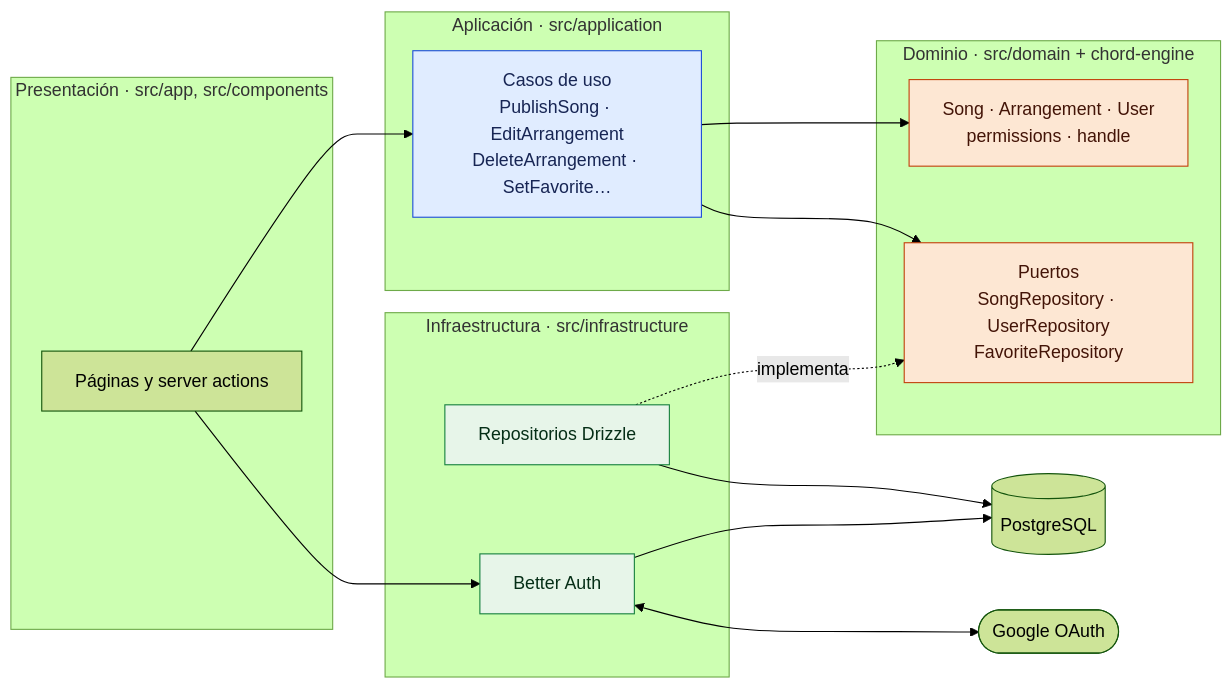
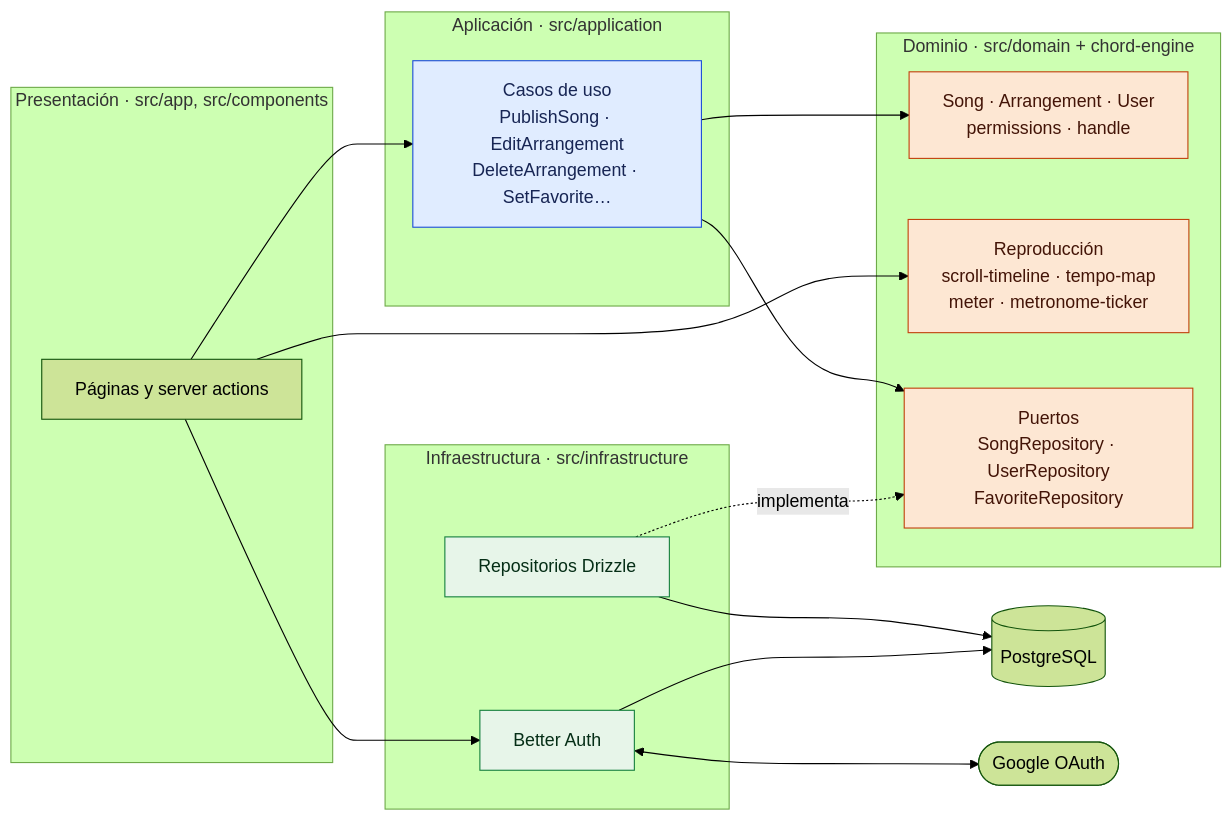
The first of 6 diagrams in docs/architecture.md (Guaynora/acordia), drawn with Mermaid (forest theme) before and after one commit. The commit also changed other lines of this file and 2 other files, not shown here.

````diff
--- a/docs/architecture.md
+++ b/docs/architecture.md
@@ -7,34 +7,36 @@
 ```mermaid
 flowchart LR
   subgraph P["Presentación · src/app, src/components"]
     pages["Páginas y server actions"]
   end
   subgraph A["Aplicación · src/application"]
     uc["Casos de uso<br/>PublishSong · EditArrangement<br/>DeleteArrangement · SetFavorite…"]
   end
   subgraph D["Dominio · src/domain + chord-engine"]
     model["Song · Arrangement · User<br/>permissions · handle"]
+    music["Reproducción<br/>scroll-timeline · tempo-map<br/>meter · metronome-ticker"]
     ports["Puertos<br/>SongRepository · UserRepository<br/>FavoriteRepository"]
   end
   subgraph I["Infraestructura · src/infrastructure"]
     repos["Repositorios Drizzle"]
     auth["Better Auth"]
   end
   db[("PostgreSQL")]
   google(["Google OAuth"])
 
   pages --> uc --> model
+  pages --> music
   uc --> ports
   repos -. implementa .-> ports
   repos --> db
   auth --> db
   auth <--> google
   pages --> auth
 
   classDef domain fill:#fde7d3,stroke:#c2410c,color:#431407
   classDef app fill:#e0ecff,stroke:#1d4ed8,color:#172554
   classDef infra fill:#e7f5e9,stroke:#15803d,color:#052e16
-  class model,ports domain
+  class model,ports,music domain
   class uc app
   class repos,auth infra
 ```
````
